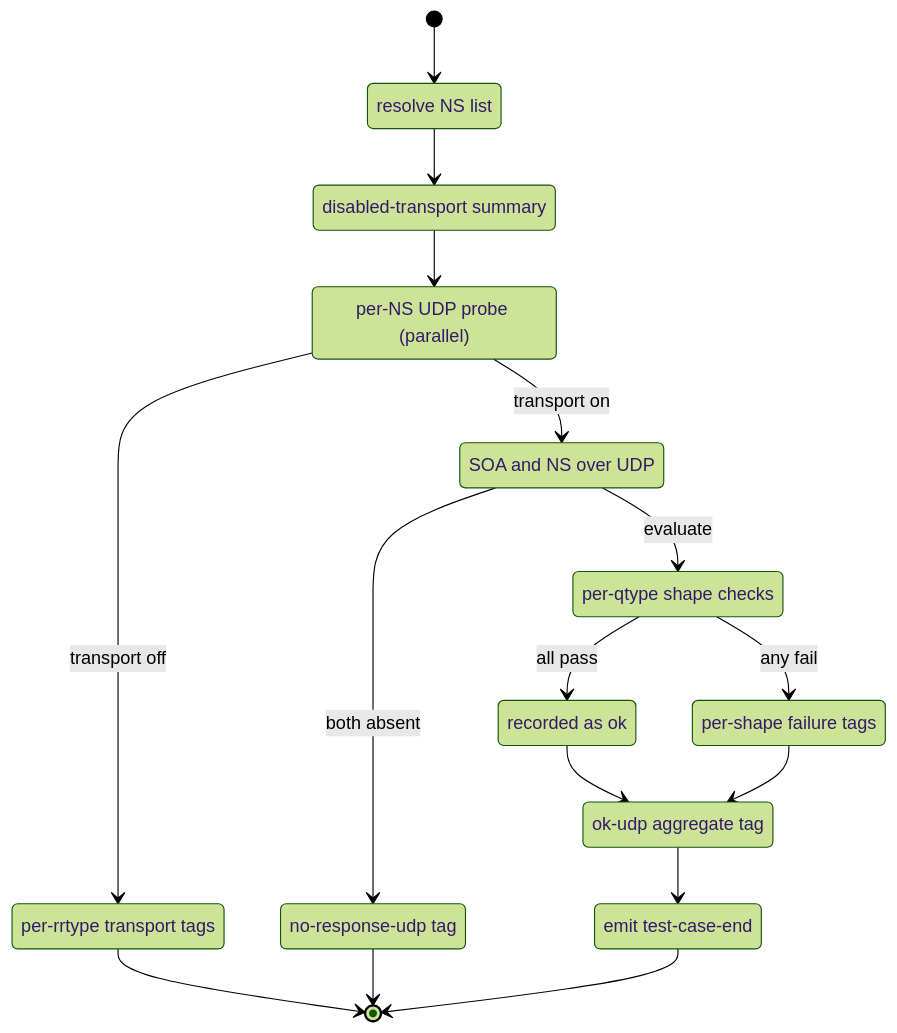
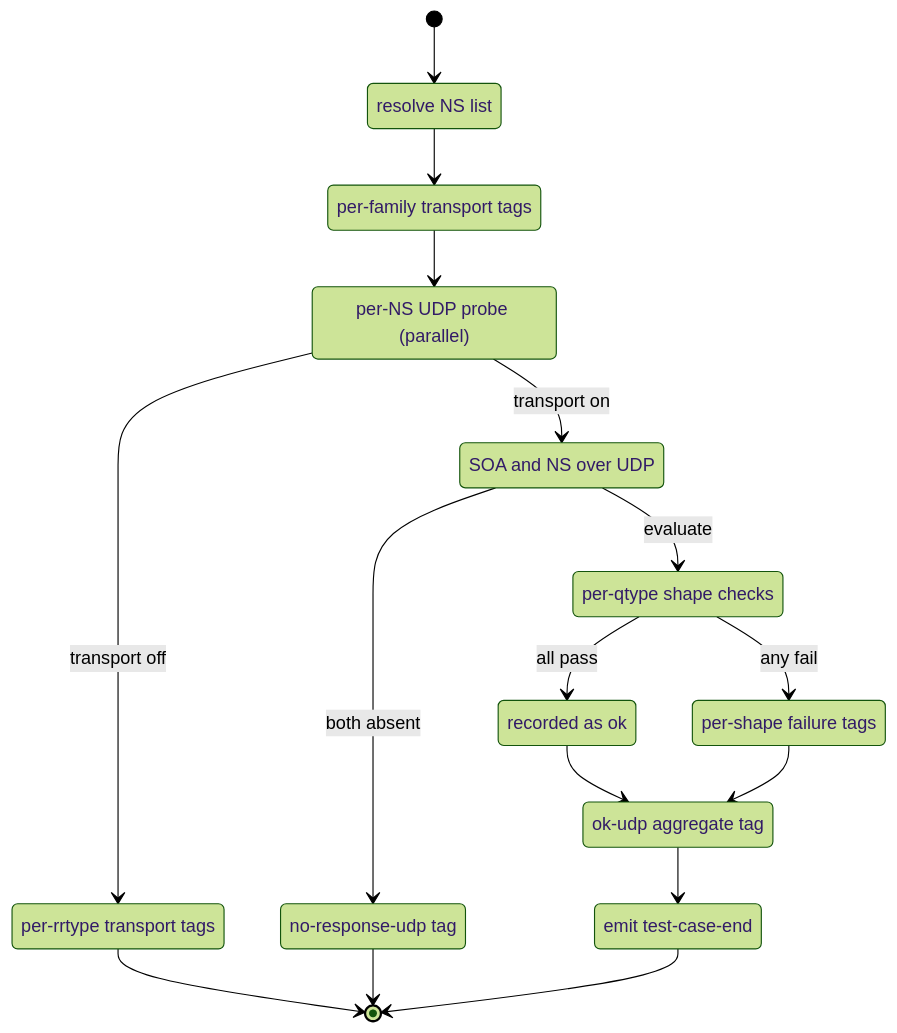
The first of 2 diagrams in docs/specifications/tests/connectivity/connectivity01.md (pawal/gonemaster), drawn with Mermaid (forest theme) before and after one commit. The commit also changed other lines of this file and 3 other files, not shown here.

Commit message:
docs: shorten mermaid labels to avoid empty-box wrap rendering

```diff
--- a/docs/specifications/tests/connectivity/connectivity01.md
+++ b/docs/specifications/tests/connectivity/connectivity01.md
@@ -43,29 +43,29 @@
 {{< mermaid >}}
 stateDiagram-v2
     [*] --> resolve
     resolve : resolve NS list
     resolve --> summary
-    summary : disabled-transport summary
+    summary : per-family transport tags
     summary --> probe
     probe : per-NS UDP probe (parallel)
     probe --> disabled : transport off
     probe --> query : transport on
     disabled : per-rrtype transport tags
     query : SOA and NS over UDP
     query --> noBoth : both absent
     query --> checks : evaluate
     noBoth : no-response-udp tag
     checks : per-qtype shape checks
     checks --> ok : all pass
     checks --> shapeFail : any fail
     ok : recorded as ok
     shapeFail : per-shape failure tags
     ok --> agg
     shapeFail --> agg
     agg : ok-udp aggregate tag
     agg --> done
     done : emit test-case-end
     disabled --> [*]
     noBoth --> [*]
     done --> [*]
 {{< /mermaid >}}
```
